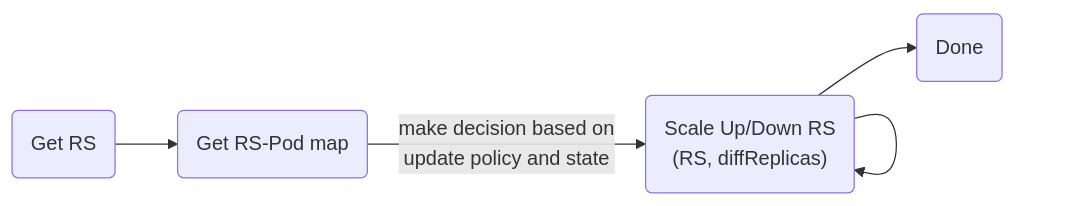
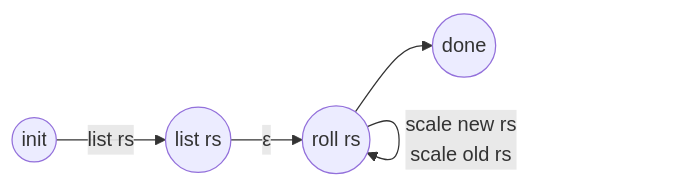
The first of 2 diagrams in discussion/kubernetes-model/deployment_controller.md (anvil-verifier/anvil), drawn with Mermaid before and after one commit. The commit also changed other lines of this file, not shown here.

````diff
--- a/discussion/kubernetes-model/deployment_controller.md
+++ b/discussion/kubernetes-model/deployment_controller.md
@@ -34,7 +36,7 @@
 ```mermaid
 graph LR
-	1(Get RS)-->2("Get RS-Pod map")
-	2-->|make decision based on<br>update policy and state|3("Scale Up/Down RS<br>(RS, diffReplicas)")
-	3-->4(Done)
-	3-->3
+	1((init))-->|list rs|2((list rs))
+	2-->|ε|3((roll rs))
+	3-->|scale new rs<br>scale old rs|3
+	3-->4((done))
 ```
````
